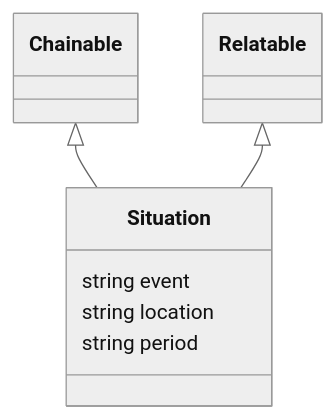
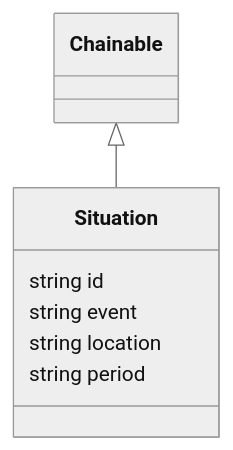
The diagram in datamodel-build/mermaid/Situation.mmd (codexstanford/Insurance-Payout-Ontology), drawn with Mermaid (neutral theme) before and after one commit. The commit also changed 61 other files, not shown here.

```diff
--- a/datamodel-build/mermaid/Situation.mmd
+++ b/datamodel-build/mermaid/Situation.mmd
@@ -1,12 +1,12 @@
 classDiagram
   
 
 Chainable <|-- Situation
-Relatable <|-- Situation
 class Situation {
 
+  string id
   string event
   string location
   string period
 
 }
```
